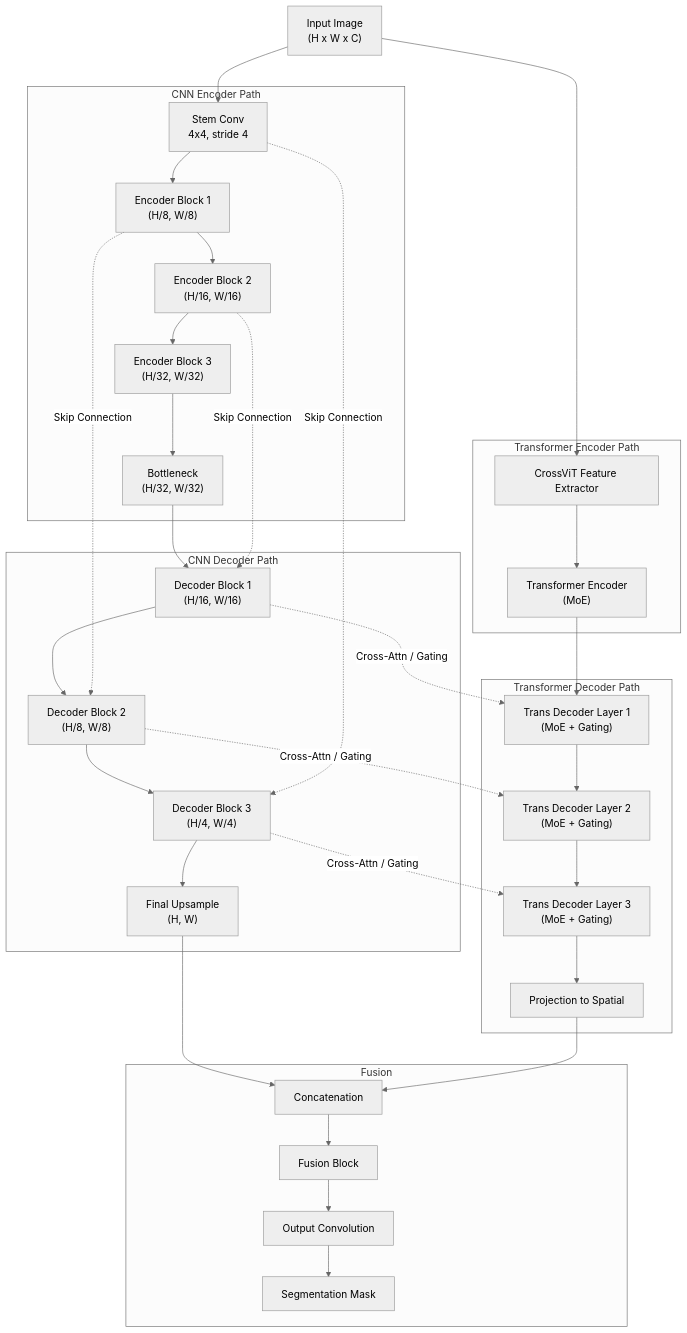
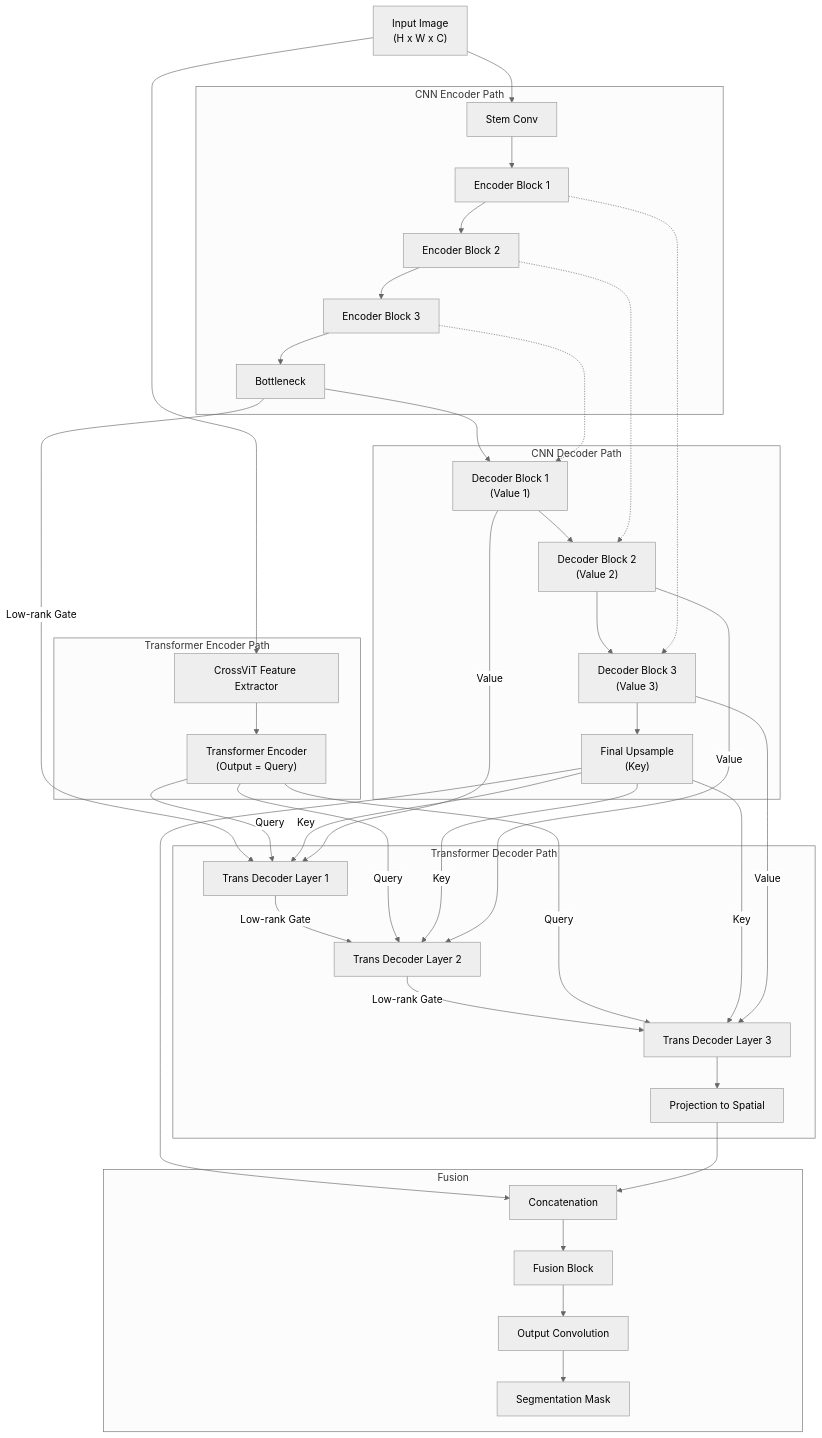
One commit to hoangtung386/Trans_NeXt_Conv changed the diagram in README.md. Above: the diagram before and after it, drawn with Mermaid (neutral theme).

Commit message:
Update Mermaid diagram with 4-input decoder structure

```diff
--- a/README.md
+++ b/README.md
@@ -65,29 +65,29 @@
     Input["Input Image<br/>(H x W x C)"]
     
     subgraph CNN_Path [CNN Encoder Path]
-        Stem["Stem Conv<br/>4x4, stride 4"]
-        Enc1["Encoder Block 1<br/>(H/8, W/8)"]
-        Enc2["Encoder Block 2<br/>(H/16, W/16)"]
-        Enc3["Encoder Block 3<br/>(H/32, W/32)"]
-        Bottleneck["Bottleneck<br/>(H/32, W/32)"]
+        Stem["Stem Conv"]
+        Enc1["Encoder Block 1"]
+        Enc2["Encoder Block 2"]
+        Enc3["Encoder Block 3"]
+        Bottleneck["Bottleneck"]
     end
 
     subgraph Trans_Path [Transformer Encoder Path]
         CrossViT["CrossViT Feature Extractor"]
-        TransEnc["Transformer Encoder<br/>(MoE)"]
+        TransEnc["Transformer Encoder<br/>(Output = Query)"]
     end
 
     subgraph CNN_Dec [CNN Decoder Path]
-        Dec1["Decoder Block 1<br/>(H/16, W/16)"]
-        Dec2["Decoder Block 2<br/>(H/8, W/8)"]
-        Dec3["Decoder Block 3<br/>(H/4, W/4)"]
-        Upsample["Final Upsample<br/>(H, W)"]
+        Dec1["Decoder Block 1<br/>(Value 1)"]
+        Dec2["Decoder Block 2<br/>(Value 2)"]
+        Dec3["Decoder Block 3<br/>(Value 3)"]
+        Upsample["Final Upsample<br/>(Key)"]
     end
 
     subgraph Trans_Dec [Transformer Decoder Path]
-        TDec1["Trans Decoder Layer 1<br/>(MoE + Gating)"]
-        TDec2["Trans Decoder Layer 2<br/>(MoE + Gating)"]
-        TDec3["Trans Decoder Layer 3<br/>(MoE + Gating)"]
+        TDec1["Trans Decoder Layer 1"]
+        TDec2["Trans Decoder Layer 2"]
+        TDec3["Trans Decoder Layer 3"]
         TProj["Projection to Spatial"]
     end
 
@@ -98,38 +98,46 @@
         Output["Segmentation Mask"]
     end
 
-    %% Edge Connections - CNN Encoder
+    %% Edge Connections - CNN Path (Executes First)
     Input --> Stem
     Stem --> Enc1
     Enc1 --> Enc2
     Enc2 --> Enc3
     Enc3 --> Bottleneck
+    Bottleneck --> Dec1
+    Dec1 --> Dec2
+    Dec2 --> Dec3
+    Dec3 --> Upsample
+    
+    %% Skip Connections
+    Enc3 -.-> Dec1
+    Enc2 -.-> Dec2
+    Enc1 -.-> Dec3
 
-    %% Edge Connections - Transformer Encoder
+    %% Edge Connections - Transformer Path
     Input --> CrossViT
     CrossViT --> TransEnc
 
-    %% Edge Connections - CNN Decoder (U-Net style)
-    Bottleneck --> Dec1
-    Enc2 -. Skip Connection .-> Dec1
-    Dec1 --> Dec2
-    Enc1 -. Skip Connection .-> Dec2
-    Dec2 --> Dec3
-    Stem -. Skip Connection .-> Dec3
-    Dec3 --> Upsample
+    %% Complex Interactions - Layer 1
+    Bottleneck -- "Low-rank Gate" --> TDec1
+    TransEnc -- "Query" --> TDec1
+    Upsample -- "Key" --> TDec1
+    Dec1 -- "Value" --> TDec1
 
-    %% Edge Connections - Transformer Decoder
-    TransEnc --> TDec1
-    TDec1 --> TDec2
-    TDec2 --> TDec3
+    %% Complex Interactions - Layer 2
+    TDec1 -- "Low-rank Gate" --> TDec2
+    TransEnc -- "Query" --> TDec2
+    Upsample -- "Key" --> TDec2
+    Dec2 -- "Value" --> TDec2
+
+    %% Complex Interactions - Layer 3
+    TDec2 -- "Low-rank Gate" --> TDec3
+    TransEnc -- "Query" --> TDec3
+    Upsample -- "Key" --> TDec3
+    Dec3 -- "Value" --> TDec3
+
+    %% Output Path
     TDec3 --> TProj
-
-    %% Cross-Stream Gating Interactions
-    Dec1 -. Cross-Attn / Gating .-> TDec1
-    Dec2 -. Cross-Attn / Gating .-> TDec2
-    Dec3 -. Cross-Attn / Gating .-> TDec3
-
-    %% Fusion
     Upsample --> Concat
     TProj --> Concat
     Concat --> FusionBlk
```
